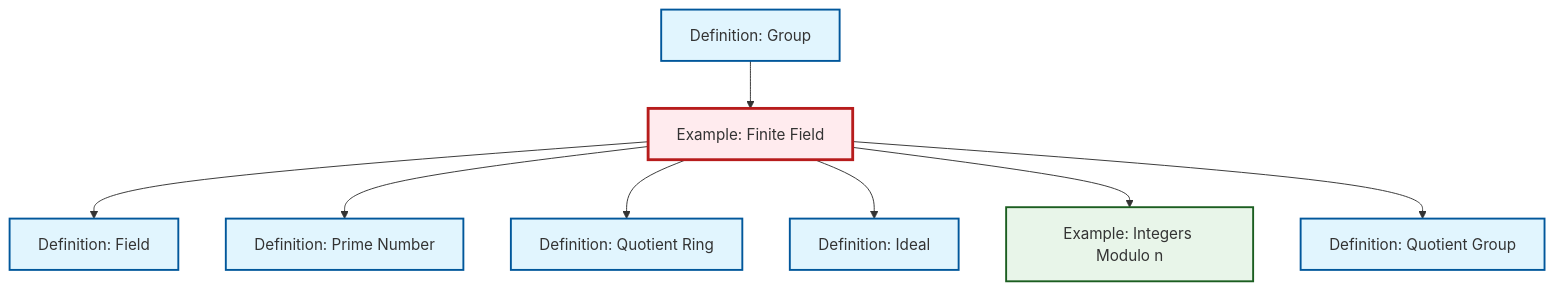
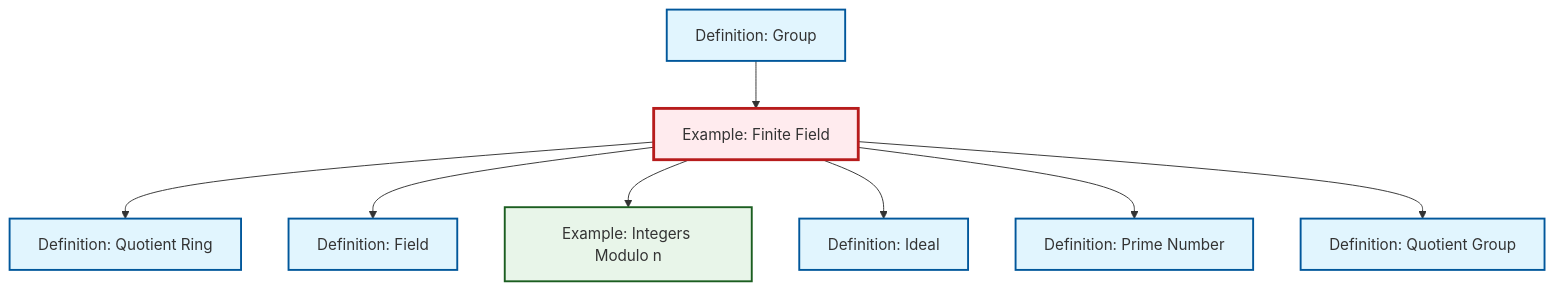
Before and after one commit to RK0429/ModernMath: the diagram in content/en/algebra/ex-finite-field.qmd, drawn with Mermaid. The commit also changed other lines of this file and 1069 other files, not shown here.

````diff
--- a/content/en/algebra/ex-finite-field.qmd
+++ b/content/en/algebra/ex-finite-field.qmd
@@ -66,32 +66,32 @@
 ```{mermaid}
 %%| fig-cap: "Local dependency graph"
 graph TD
     classDef definition fill:#e1f5fe,stroke:#01579b,stroke-width:2px
     classDef theorem fill:#f3e5f5,stroke:#4a148c,stroke-width:2px
     classDef axiom fill:#fff3e0,stroke:#e65100,stroke-width:2px
     classDef example fill:#e8f5e9,stroke:#1b5e20,stroke-width:2px
     classDef current fill:#ffebee,stroke:#b71c1c,stroke-width:3px
+    def-ideal["Definition: Ideal"]:::definition
+    def-group["Definition: Group"]:::definition
+    def-field["Definition: Field"]:::definition
     def-quotient-ring["Definition: Quotient Ring"]:::definition
-    def-field["Definition: Field"]:::definition
-    def-group["Definition: Group"]:::definition
     def-quotient-group["Definition: Quotient Group"]:::definition
-    def-ideal["Definition: Ideal"]:::definition
+    ex-quotient-integers-mod-n["Example: Integers Modulo n"]:::example
+    def-prime["Definition: Prime Number"]:::definition
     ex-finite-field["Example: Finite Field"]:::example
-    def-prime["Definition: Prime Number"]:::definition
-    ex-quotient-integers-mod-n["Example: Integers Modulo n"]:::example
+    ex-finite-field --> def-quotient-ring
     ex-finite-field --> def-field
+    ex-finite-field --> ex-quotient-integers-mod-n
+    ex-finite-field --> def-ideal
     ex-finite-field --> def-prime
-    ex-finite-field --> def-quotient-ring
-    ex-finite-field --> def-ideal
-    ex-finite-field --> ex-quotient-integers-mod-n
     ex-finite-field --> def-quotient-group
     def-group --> ex-finite-field
     class ex-finite-field current
+    click def-ideal "def-ideal.html" "Go to Ideal definition"
+    click def-group "def-group.html" "Go to Group definition"
+    click def-field "def-field.html" "Go to Field definition"
     click def-quotient-ring "def-quotient-ring.html" "Go to Quotient Ring definition"
-    click def-field "def-field.html" "Go to Field definition"
-    click def-group "def-group.html" "Go to Group definition"
     click def-quotient-group "def-quotient-group.html" "Go to Quotient Group definition"
-    click def-ideal "def-ideal.html" "Go to Ideal definition"
+    click ex-quotient-integers-mod-n "ex-quotient-integers-mod-n.html" "Go to Integers Modulo n example"
     click def-prime "def-prime.html" "Go to Prime Number definition"
-    click ex-quotient-integers-mod-n "ex-quotient-integers-mod-n.html" "Go to Integers Modulo n example"
 ```
````
